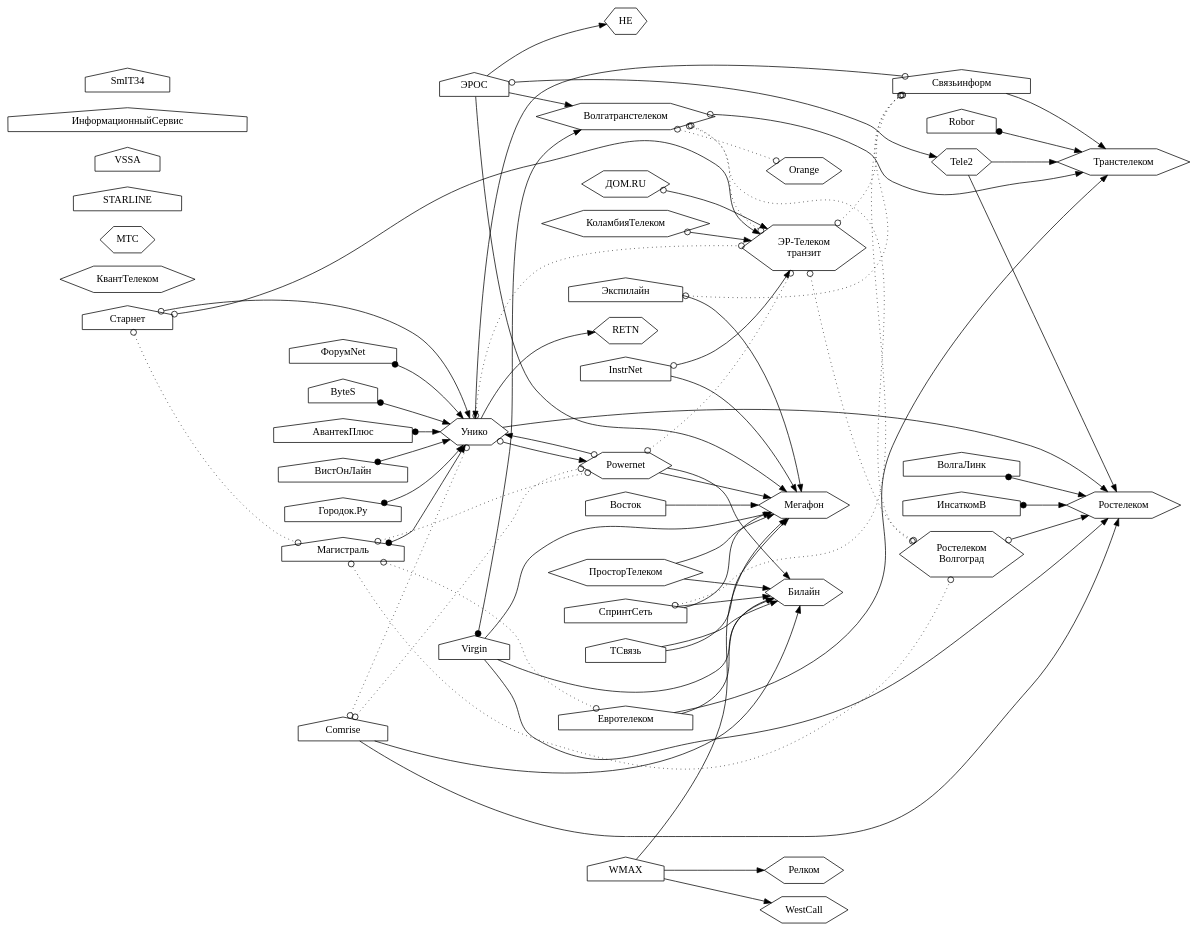
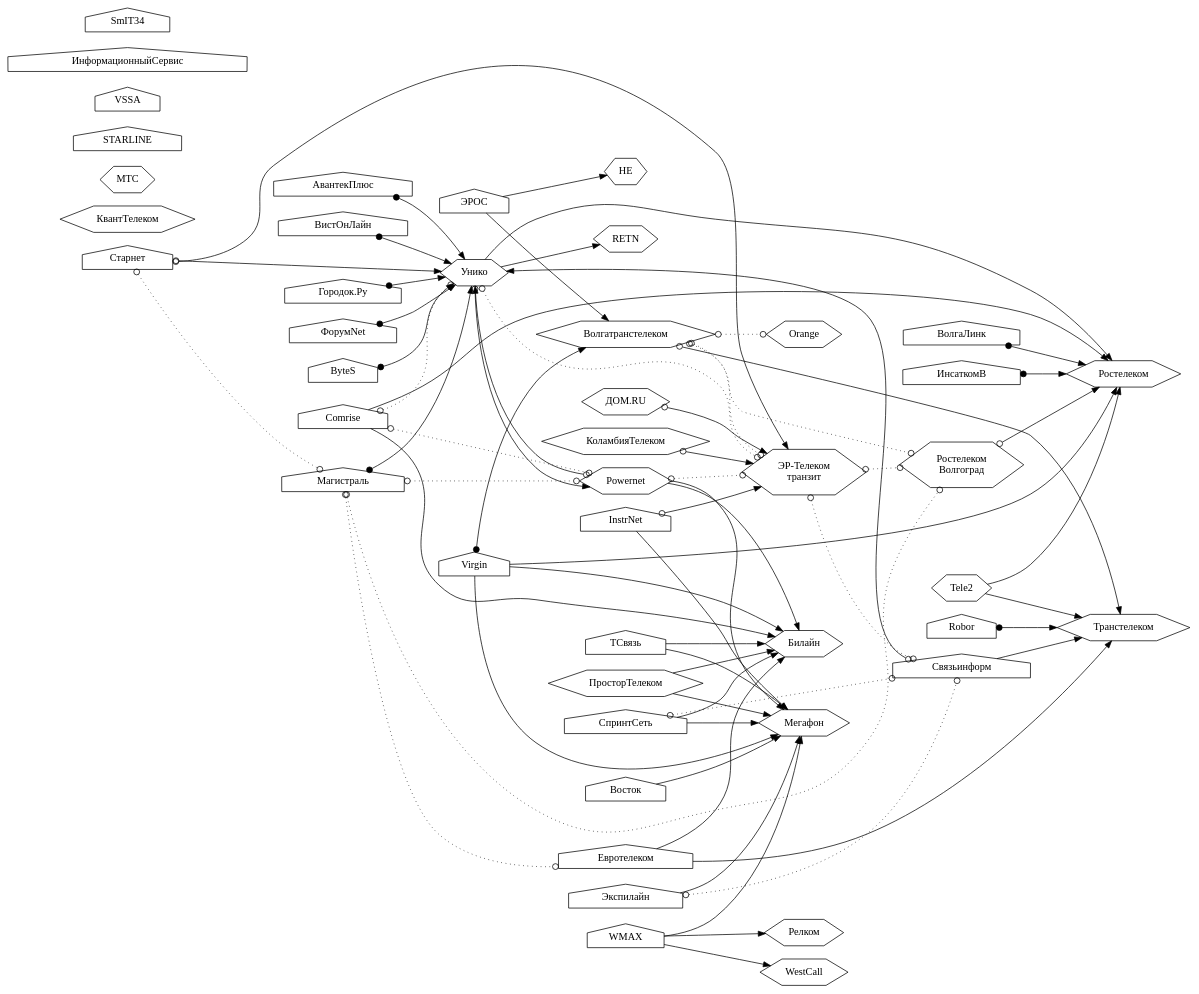
The diagram in static/links/links.dot (Urlandi/elsv-v.ru), drawn with Graphviz before and after one commit. The commit also changed 3 other files, not shown here.

```diff
--- a/static/links/links.dot
+++ b/static/links/links.dot
@@ -1,165 +1,163 @@
 digraph ispgraph {
 
 rankdir = LR;
 node [shape=house;];
 
 Унико, ДомРу, ЭрТелеком, Транстелеком, Волгатранстелеком, Релком [shape=hexagon;];
 Мегафон, Вымпелком, КоламбияТелеком, Ростелеком, HE, КвантТелеком [shape=hexagon;];
 Tele2, МТС, ЮТК, Orange, ПросторТелеком, WestCall, Powernet, RETN [shape=hexagon;];
 
 ДомРу [label="ДОМ.RU"];
 ЭрТелеком [label="ЭР-Телеком\nтранзит"];
 ЮТК [label="Ростелеком\nВолгоград"];
 Вымпелком [label="Билайн"];
 ГородокТочкаРу [label="Городок.Ру"];
 
 subgraph backbone {/*Собственная опорная сеть*/
 Транстелеком;
 Мегафон;
 Вымпелком;
 Ростелеком;
 HE;
 МТС;
 Orange;
 ЭрТелеком;
 WestCall;
 };
 
 subgraph Ростелеком {/*Провайдеры члены Ростелеком*/
 Ростелеком;
 ЮТК;
 };
 
 subgraph ЭрТелекомХолдинг {/*ЭР-Телеком*/
 ДомРу;
 ЭрТелеком;
 КоламбияТелеком;
 };
 
 {/*Отсутствует информация о подключении*/
 STARLINE;
 VSSA;
 ИнформационныйСервис;
 КвантТелеком;
 SmIT34;
 };
 
 
 {/*Магистральные связи*/
 
 Связьинформ -> Транстелеком;
 
 Tele2 -> Ростелеком;
 Tele2 -> Транстелеком;
 
 СпринтСеть -> Вымпелком;
 СпринтСеть -> Мегафон;
 
 Экспилайн -> Мегафон;
 
 ЭРОС -> Волгатранстелеком;
 ЭРОС -> HE;
-ЭРОС -> Мегафон;
+
 
 Comrise -> Ростелеком;
 Comrise -> Вымпелком;
 
 Powernet -> Мегафон;
 Powernet -> Вымпелком;
 
 Евротелеком -> Транстелеком;
 Евротелеком -> Вымпелком;
 
 Virgin -> Вымпелком;
 Virgin -> Мегафон;
 Virgin -> Ростелеком;
 
 Унико -> Ростелеком;
 Унико -> RETN;
 
 ПросторТелеком -> Вымпелком;
 ПросторТелеком -> Мегафон;
 
 WMAX -> Мегафон;
 WMAX -> WestCall;
 WMAX -> Релком;
 
 InstrNet -> Мегафон;
 
 ТСвязь -> Мегафон;
 ТСвязь -> Вымпелком;
 
 Восток -> Мегафон;
 
 {/*Пиринг с магистральным оператором*/
 edge [dir=both; arrowtail=odot;];
 
 Связьинформ -> Унико;
 
 Старнет -> Унико;
 Старнет -> ЭрТелеком;
-
-ЭРОС -> Tele2;
 
 Powernet -> Унико;
 Унико -> Powernet;
 
 ЮТК -> Ростелеком;
 
 Волгатранстелеком -> Транстелеком;
 
 ДомРу -> ЭрТелеком;
 КоламбияТелеком -> ЭрТелеком;
 
 InstrNet -> ЭрТелеком;
 
 };
 
 {/*Маршрутизация на оборудовании магистрального оператора*/
 edge [dir=both; arrowtail=dot;];
 
 ВолгаЛинк -> Ростелеком;
 ИнсаткомВ -> Ростелеком;
 Магистраль -> Унико;
 ГородокТочкаРу -> Унико;
 ФорумNet -> Унико;
 ByteS -> Унико;
 АвантекПлюс -> Унико;
 Robor -> Транстелеком;
 Virgin -> Волгатранстелеком;
 ВистОнЛайн -> Унико;
 };
 
 };
 
 {/*Пиринг*/
 
 edge [dir=both; arrowhead=odot; arrowtail=odot; style=dotted;];
 
 СпринтСеть -> Связьинформ;
 
 Старнет -> Магистраль;
 
 Экспилайн -> Связьинформ;
 
 Comrise -> Унико;
 Comrise -> Powernet;
 
 Powernet -> ЭрТелеком;
 
 Магистраль -> Powernet;
 Магистраль -> ЮТК;
 Магистраль -> Евротелеком;
 
 Унико -> ЭрТелеком;
 
 Волгатранстелеком -> ЮТК;
 Волгатранстелеком -> ЭрТелеком;
 Волгатранстелеком -> Orange;
 
 ЭрТелеком -> ЮТК;
 ЭрТелеком -> Связьинформ;
 
 };
 
 }
```
